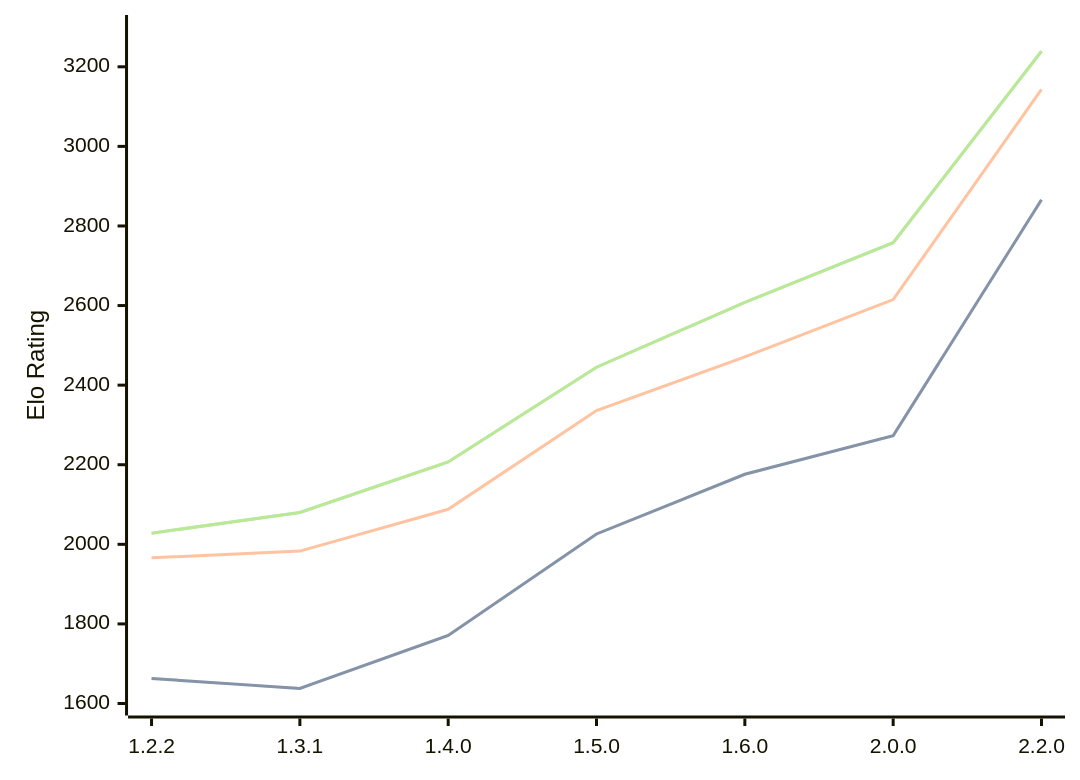
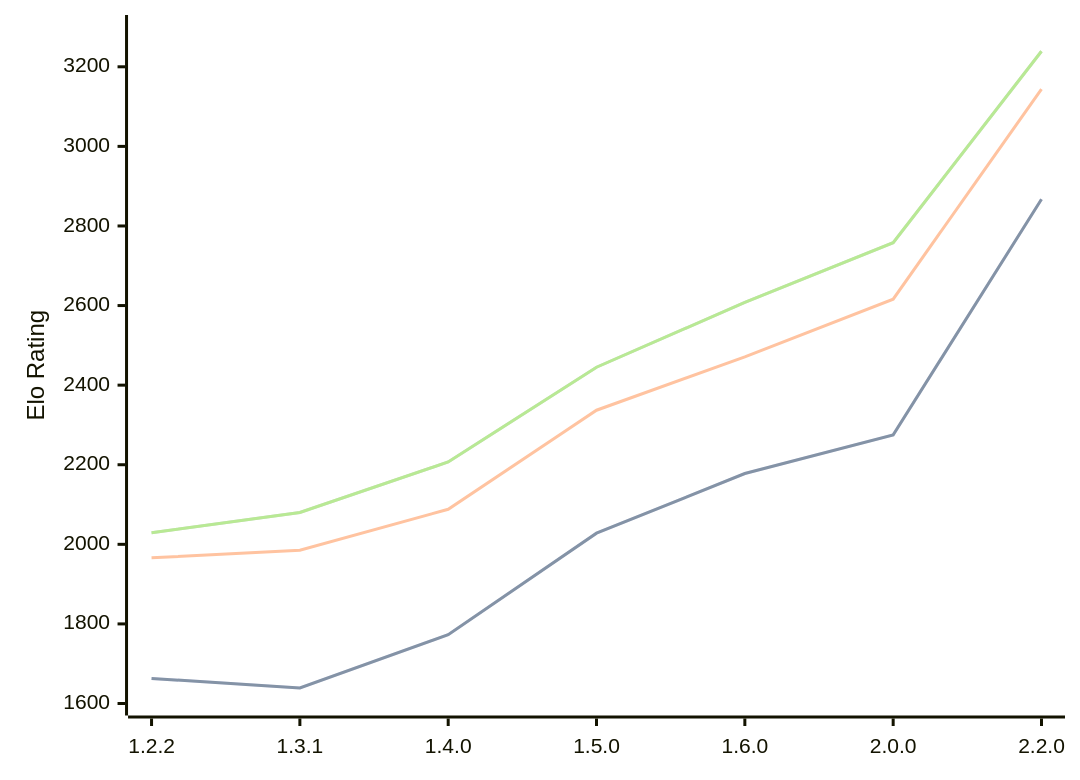
Before and after one commit to computer-chess-index/cci: the diagram in engines/SoloEngine.md, drawn with Mermaid. The commit also changed other lines of this file, not shown here.

Commit message:
Update CCI Ratings (ELO VLTC) - 2026-09-14

````diff
--- a/engines/SoloEngine.md
+++ b/engines/SoloEngine.md
@@ -38,11 +38,11 @@
 ```mermaid
 %%{init: {"theme":"base","themeVariables":{"seriesColors:['#a3a3a3','#222221','#faa371']}}}%%
 xychart-beta
   x-axis ["1.2.2", "1.3.1", "1.4.0", "1.5.0", "1.6.0", "2.0.0", "2.2.0"]
   y-axis "Elo Rating" 1600 --> 3300
-  line "" [1663, 1638, 1771, 2026, 2176, 2273, 2866]
-  line "STC (8.0+0.08s)" [1663, 1638, 1771, 2026, 2176, 2273, 2866]
-  line "LTC (60.0+0.60s)" [1966, 1983, 2088, 2336, 2471, 2615, 3143]
-  line "" [2028, 2080, 2207, 2445, 2608, 2758, 3239]
-  line "VLTC (2m24s+1.12s)" [2028, 2080, 2207, 2445, 2608, 2758, 3239]
+  line "" [1663, 1639, 1773, 2028, 2178, 2275, 2867]
+  line "STC (8.0+0.08s)" [1663, 1639, 1773, 2028, 2178, 2275, 2867]
+  line "LTC (60.0+0.60s)" [1966, 1985, 2088, 2337, 2471, 2616, 3144]
+  line "" [2029, 2080, 2207, 2445, 2608, 2758, 3239]
+  line "VLTC (2m24s+1.12s)" [2029, 2080, 2207, 2445, 2608, 2758, 3239]
 ```
````
